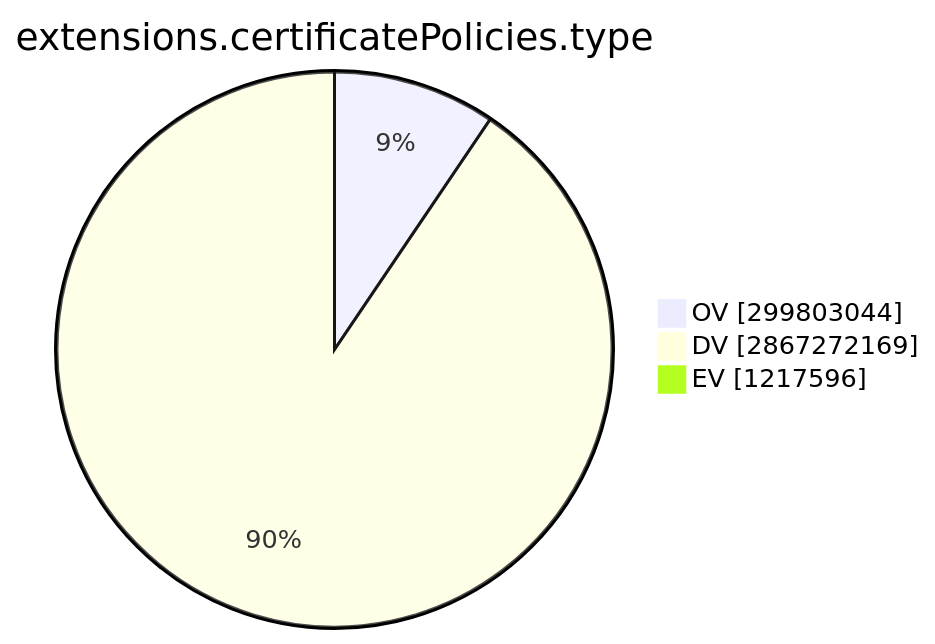
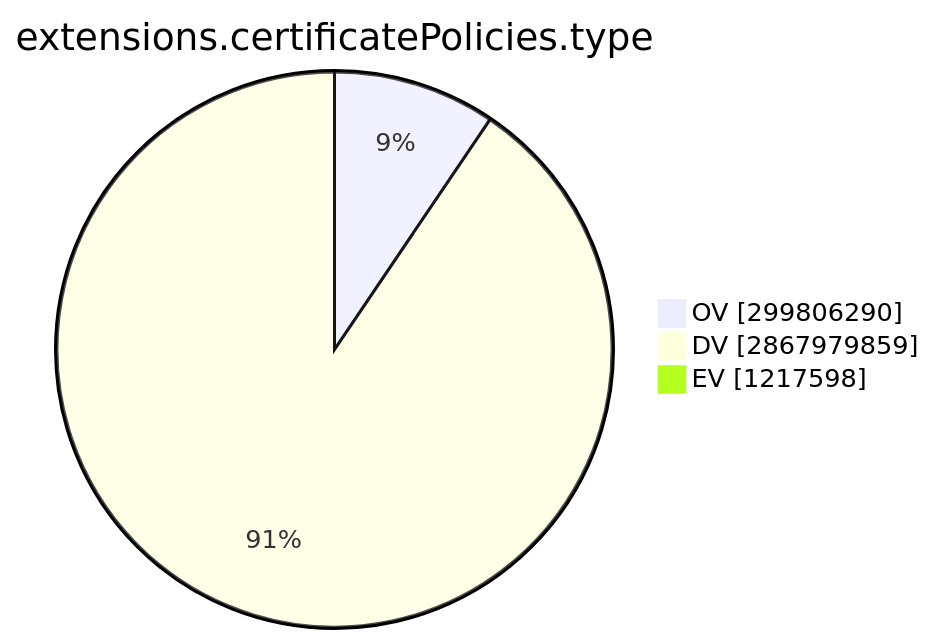
Before and after one commit to christiankrug/ctmonitor_visualization: the ninth of 15 diagrams in TOTAL/README.md, drawn with Mermaid. The commit also changed other lines of this file, not shown here.

````diff
--- a/TOTAL/README.md
+++ b/TOTAL/README.md
@@ -3101,7 +3101,7 @@
 ```mermaid
 pie showData
 title extensions.certificatePolicies.type
-"OV" :299803044
-"DV" :2867272169
-"EV" :1217596
+"OV" :299806290
+"DV" :2867979859
+"EV" :1217598
 ```
````
